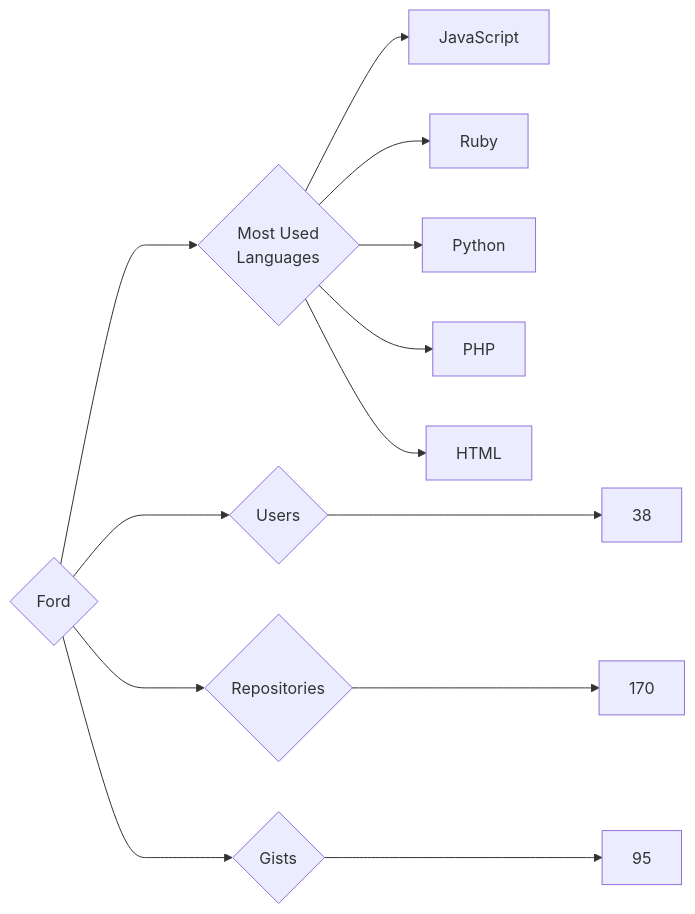
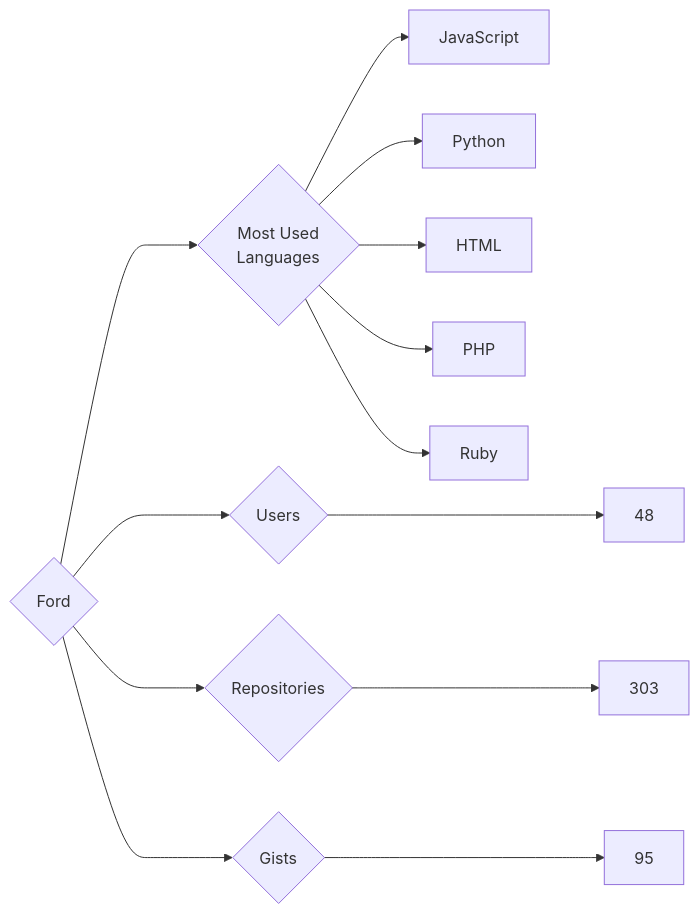
Before and after one commit to trickest/insiders: the diagram in targets/Ford/README.md, drawn with Mermaid. The commit also changed 874 other files, not shown here.

````diff
--- a/targets/Ford/README.md
+++ b/targets/Ford/README.md
@@ -3,13 +3,13 @@
 ```mermaid
 graph LR
 COMPANY_NAME{Ford}
-COMPANY_NAME ---> U{Users} ---> UN[38]
-COMPANY_NAME ---> R{Repositories} ---> RN[170]
+COMPANY_NAME ---> U{Users} ---> UN[48]
+COMPANY_NAME ---> R{Repositories} ---> RN[303]
 COMPANY_NAME ---> G{Gists} ---> GN[95]
 COMPANY_NAME ---> ML{Most Used<br>Languages}
 ML --> JavaScript[JavaScript]
+ML --> Python[Python]
+ML --> HTML[HTML]
+ML --> PHP[PHP]
 ML --> Ruby[Ruby]
-ML --> Python[Python]
-ML --> PHP[PHP]
-ML --> HTML[HTML]
 ```
````
